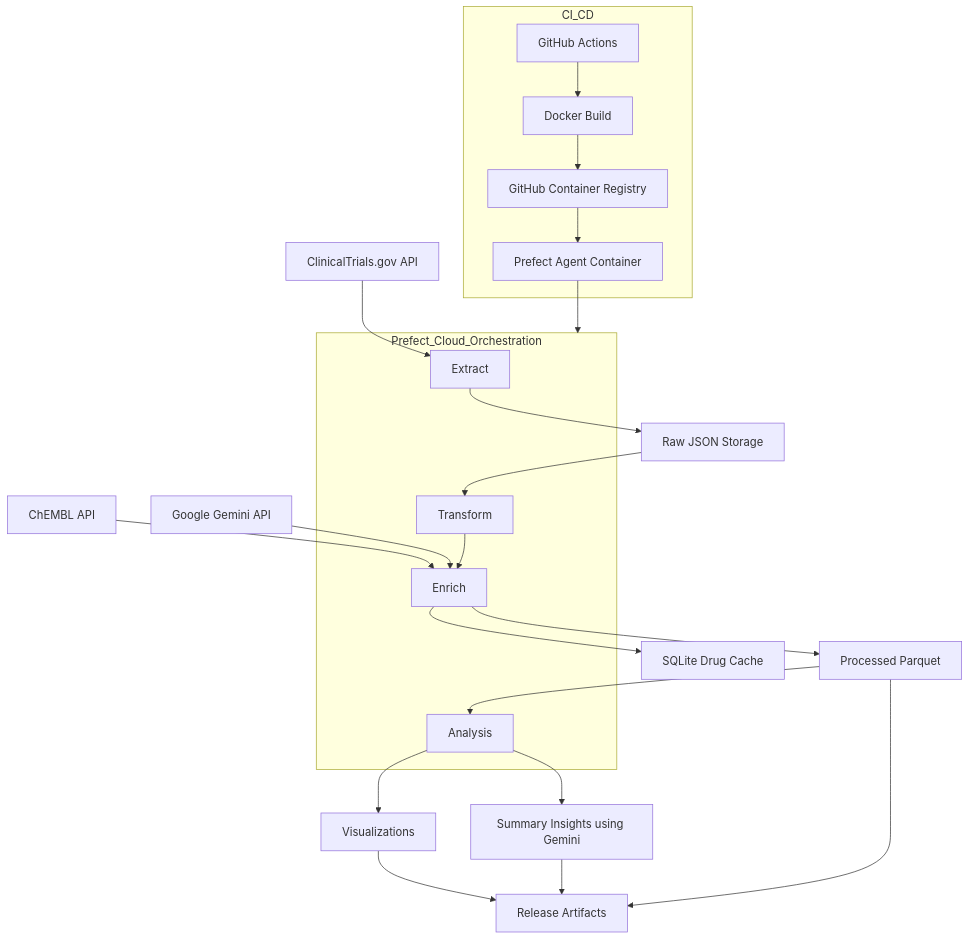
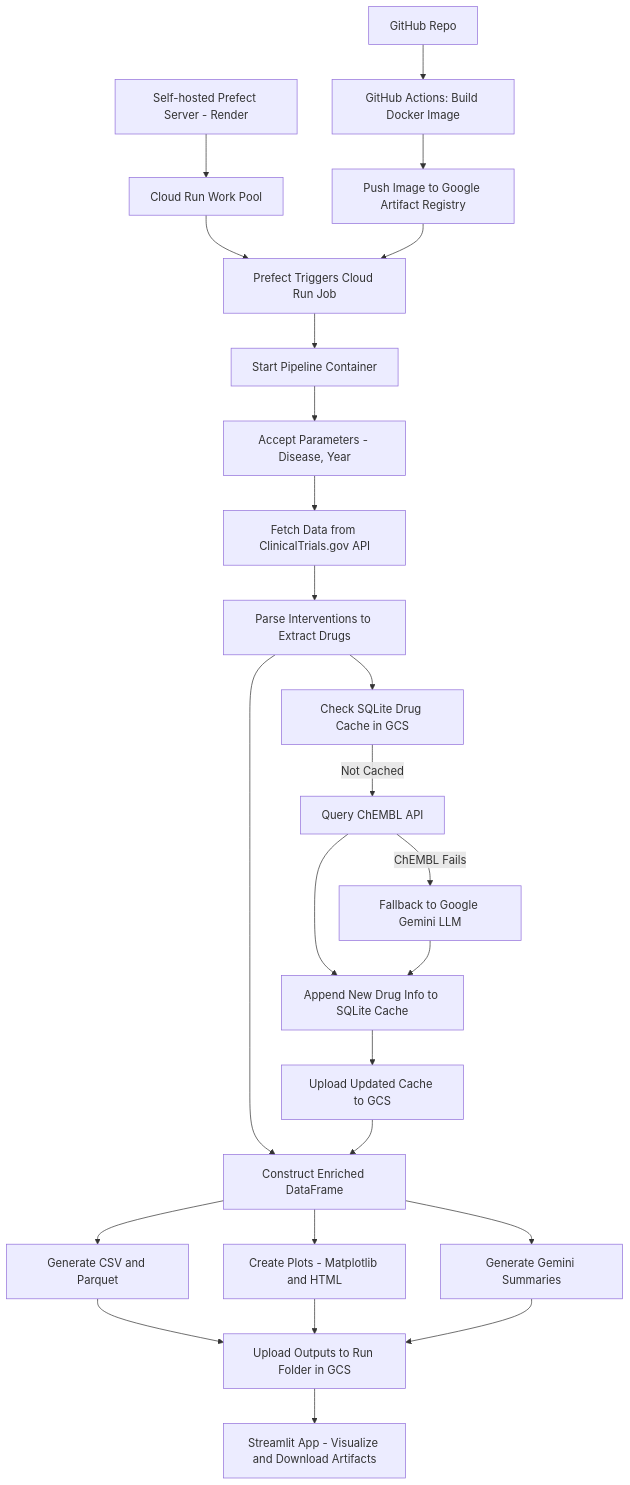
Before and after one commit to jibinb961/clinical_trial_pipeline: the diagram in README.md, drawn with Mermaid. The commit also changed other lines of this file and 17 other files, not shown here.

First line of the commit message:
Users/jbaby/google cloud integration (#2)

````diff
--- a/README.md
+++ b/README.md
@@ -7,36 +7,39 @@
 ```mermaid
 graph TD
-    A[ClinicalTrials.gov API] --> B[Extract]
-    B --> C[Raw JSON Storage]
-    C --> D[Transform]
-    
-    E[ChEMBL API] --> G[Enrich]
-    H[Google Gemini API] --> G
-    
-    D --> G
-    G --> I[SQLite Drug Cache]
-    G --> J[Processed Parquet]
-    
-    J --> K[Analysis]
-    K --> L[Visualizations]
-    K --> M[Summary Insights using Gemini]
-    
-    L --> N[Release Artifacts]
-    M --> N
-    J --> N
 
-    subgraph Prefect_Cloud_Orchestration
-        B
-        D
-        G
-        K
-    end
+  %% CI/CD Deployment
+  A[GitHub Repo] --> B[GitHub Actions: Build Docker Image]
+  B --> C[Push Image to Google Artifact Registry]
 
-    subgraph CI_CD
-        O[GitHub Actions] --> P[Docker Build]
-        P --> Q[GitHub Container Registry]
-        Q --> R[Prefect Agent Container]
-    end
+  %% Orchestration with Prefect
+  D[Self-hosted Prefect Server - Render] --> E[Cloud Run Work Pool]
+  E --> F[Prefect Triggers Cloud Run Job]
+  C --> F
 
-    R --> Prefect_Cloud_Orchestration
+  %% Pipeline Execution in Cloud Run
+  F --> G[Start Pipeline Container]
+  G --> H[Accept Parameters - Disease, Year]
+  H --> I[Fetch Data from ClinicalTrials.gov API]
+  I --> J[Parse Interventions to Extract Drugs]
+
+  %% Drug Enrichment
+  J --> K[Check SQLite Drug Cache in GCS]
+  K -- Not Cached --> L[Query ChEMBL API]
+  L -- ChEMBL Fails --> M[Fallback to Google Gemini LLM]
+  L --> N[Append New Drug Info to SQLite Cache]
+  M --> N
+  N --> O[Upload Updated Cache to GCS]
+
+  %% Data Output
+  J --> P[Construct Enriched DataFrame]
+  O --> P
+  P --> Q[Generate CSV and Parquet]
+  P --> R[Create Plots - Matplotlib and HTML]
+  P --> S[Generate Gemini Summaries]
+  Q --> T[Upload Outputs to Run Folder in GCS]
+  R --> T
+  S --> T
+
+  %% Visualization Layer
+  T --> U[Streamlit App - Visualize and Download Artifacts]
 ```
````
